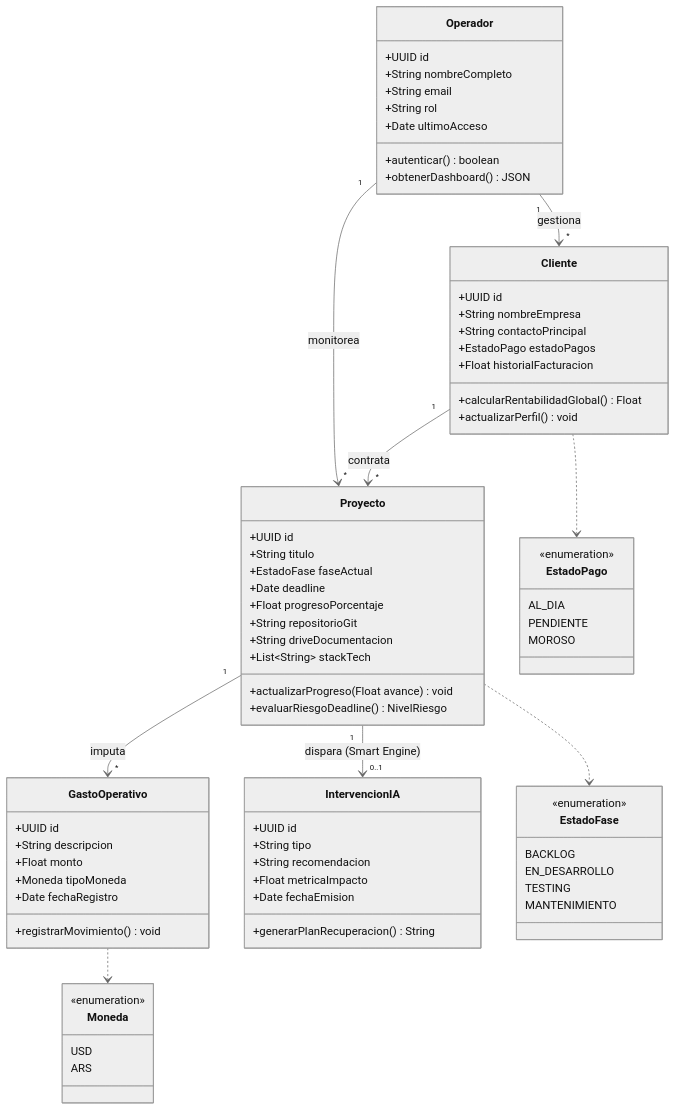
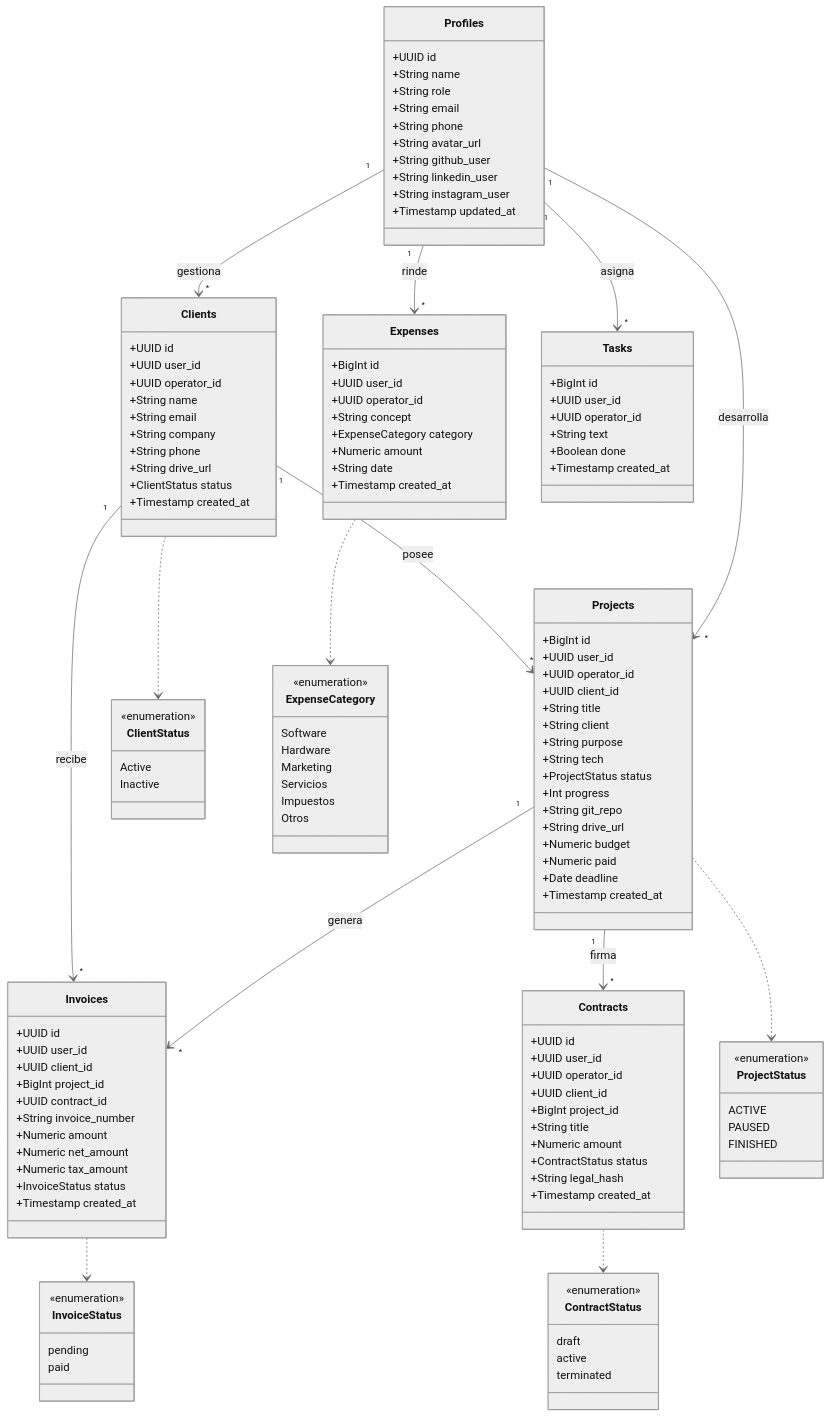
Before and after one commit to UCH-LDS-2026/grupo-07: the diagram in README.md, drawn with Mermaid (neutral theme).

````diff
--- a/README.md
+++ b/README.md
@@ -160,83 +160,148 @@
 ```mermaid
-classDiagram
-    class Operador {
+    classDiagram
+    class Profiles {
         +UUID id
-        +String nombreCompleto
+        +String name
+        +String role
         +String email
-        +String rol
-        +Date ultimoAcceso
-        +autenticar() boolean
-        +obtenerDashboard() JSON
+        +String phone
+        +String avatar_url
+        +String github_user
+        +String linkedin_user
+        +String instagram_user
+        +Timestamp updated_at
     }
 
-    class Cliente {
+    class Clients {
         +UUID id
-        +String nombreEmpresa
-        +String contactoPrincipal
-        +EstadoPago estadoPagos
-        +Float historialFacturacion
-        +calcularRentabilidadGlobal() Float
-        +actualizarPerfil() void
+        +UUID user_id
+        +UUID operator_id
+        +String name
+        +String email
+        +String company
+        +String phone
+        +String drive_url
+        +ClientStatus status
+        +Timestamp created_at
     }
 
-    class Proyecto {
-        +UUID id
-        +String titulo
-        +EstadoFase faseActual
+    class Projects {
+        +BigInt id
+        +UUID user_id
+        +UUID operator_id
+        +UUID client_id
+        +String title
+        +String client
+        +String purpose
+        +String tech
+        +ProjectStatus status
+        +Int progress
+        +String git_repo
+        +String drive_url
+        +Numeric budget
+        +Numeric paid
         +Date deadline
-        +Float progresoPorcentaje
-        +String repositorioGit
-        +String driveDocumentacion
-        +List~String~ stackTech
-        +actualizarProgreso(Float avance) void
-        +evaluarRiesgoDeadline() NivelRiesgo
+        +Timestamp created_at
     }
 
-    class GastoOperativo {
-        +UUID id
-        +String descripcion
-        +Float monto
-        +Moneda tipoMoneda
-        +Date fechaRegistro
-        +registrarMovimiento() void
+    class Expenses {
+        +BigInt id
+        +UUID user_id
+        +UUID operator_id
+        +String concept
+        +ExpenseCategory category
+        +Numeric amount
+        +String date
+        +Timestamp created_at
     }
 
-    class IntervencionIA {
+    class Invoices {
         +UUID id
-        +String tipo
-        +String recomendacion
-        +Float metricaImpacto
-        +Date fechaEmision
-        +generarPlanRecuperacion() String
+        +UUID user_id
+        +UUID client_id
+        +BigInt project_id
+        +UUID contract_id
+        +String invoice_number
+        +Numeric amount
+        +Numeric net_amount
+        +Numeric tax_amount
+        +InvoiceStatus status
+        +Timestamp created_at
     }
 
-    class EstadoPago {
-        <<enumeration>>
-        AL_DIA
-        PENDIENTE
-        MOROSO
+    class Contracts {
+        +UUID id
+        +UUID user_id
+        +UUID operator_id
+        +UUID client_id
+        +BigInt project_id
+        +String title
+        +Numeric amount
+        +ContractStatus status
+        +String legal_hash
+        +Timestamp created_at
     }
 
-    class EstadoFase {
-        <<enumeration>>
-        BACKLOG
-        EN_DESARROLLO
-        TESTING
-        MANTENIMIENTO
+    class Tasks {
+        +BigInt id
+        +UUID user_id
+        +UUID operator_id
+        +String text
+        +Boolean done
+        +Timestamp created_at
     }
 
-    class Moneda {
+    class ClientStatus {
         <<enumeration>>
-        USD
-        ARS
+        Active
+        Inactive
     }
 
-    Operador "1" --> "*" Cliente : gestiona
-    Operador "1" --> "*" Proyecto : monitorea
-    Cliente "1" --> "*" Proyecto : contrata
-    Proyecto "1" --> "*" GastoOperativo : imputa
-    Proyecto "1" --> "0..1" IntervencionIA : dispara (Smart Engine)
-    Cliente ..> EstadoPago
-    Proyecto ..> EstadoFase
-    GastoOperativo ..> Moneda
+    class ProjectStatus {
+        <<enumeration>>
+        ACTIVE
+        PAUSED
+        FINISHED
+    }
+
+    class ExpenseCategory {
+        <<enumeration>>
+        Software
+        Hardware
+        Marketing
+        Servicios
+        Impuestos
+        Otros
+    }
+
+    class InvoiceStatus {
+        <<enumeration>>
+        pending
+        paid
+    }
+
+    class ContractStatus {
+        <<enumeration>>
+        draft
+        active
+        terminated
+    }
+
+    %% Relaciones del Sistema Nexus
+    Profiles "1" --> "*" Clients : gestiona
+    Profiles "1" --> "*" Projects : desarrolla
+    Profiles "1" --> "*" Expenses : rinde
+    Clients "1" --> "*" Projects : posee
+    Projects "1" --> "*" Contracts : firma
+    Projects "1" --> "*" Invoices : genera
+    Clients "1" --> "*" Invoices : recibe
+    Profiles "1" --> "*" Tasks : asigna
+
+    %% Dependencias de Enums
+    Clients ..> ClientStatus
+    Projects ..> ProjectStatus
+    Expenses ..> ExpenseCategory
+    Invoices ..> InvoiceStatus
+    Contracts ..> ContractStatus
+
 ```
````
